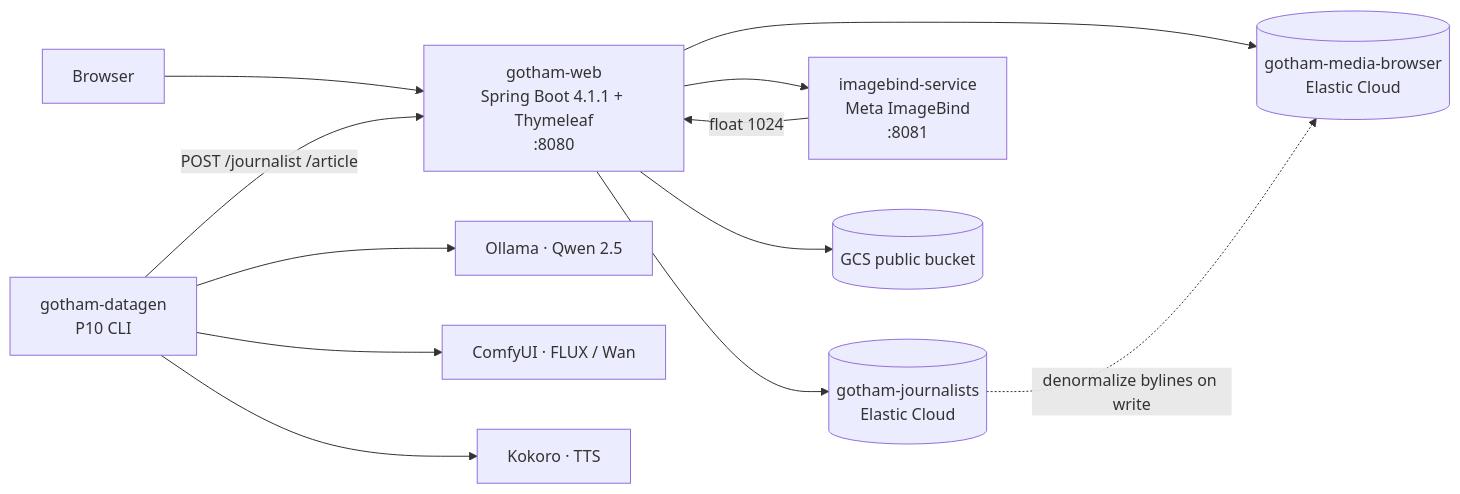
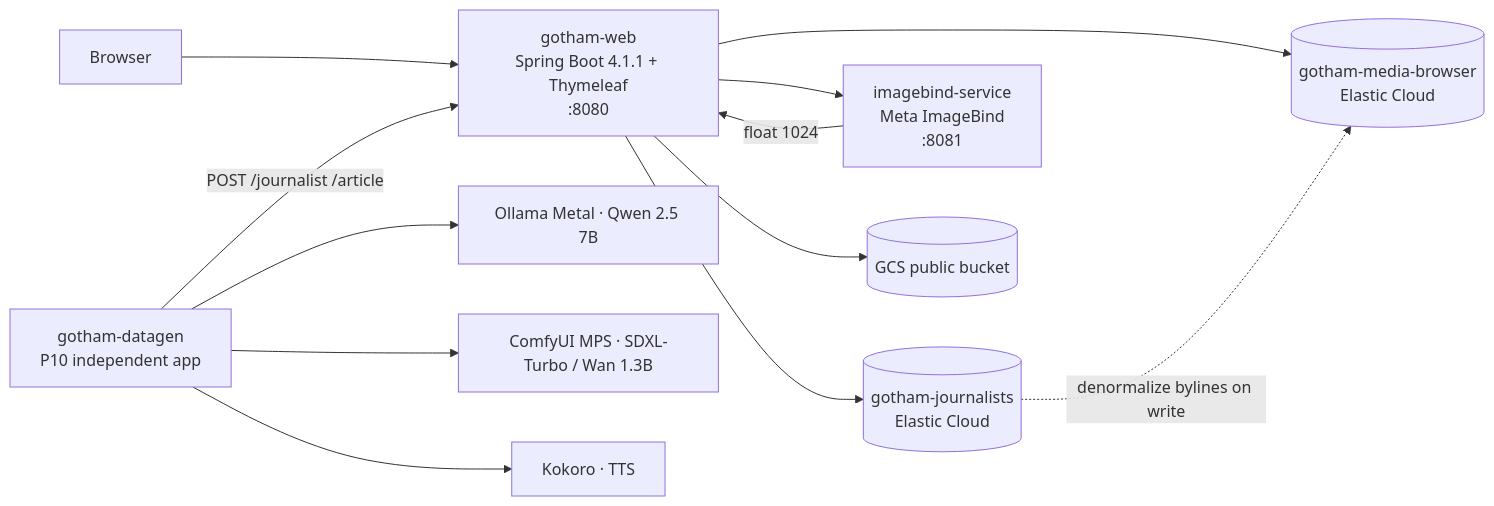
The first of 4 diagrams in docs/architecture-end-to-end.md (bigfito/gotham-media-browser), drawn with Mermaid before and after one commit. The commit also changed other lines of this file and 6 other files, not shown here.

````diff
--- a/docs/architecture-end-to-end.md
+++ b/docs/architecture-end-to-end.md
@@ -33,14 +33,14 @@
 ```mermaid
 flowchart LR
   U[Browser] --> WEB[gotham-web<br/>Spring Boot 4.1.1 + Thymeleaf<br/>:8080]
-  DG[gotham-datagen<br/>P10 CLI] -->|POST /journalist /article| WEB
-  DG --> OLL[Ollama · Qwen 2.5]
-  DG --> CFY[ComfyUI · FLUX / Wan]
+  DG[gotham-datagen<br/>P10 independent app] -->|POST /journalist /article| WEB
+  DG --> OLL[Ollama Metal · Qwen 2.5 7B]
+  DG --> CFY[ComfyUI MPS · SDXL-Turbo / Wan 1.3B]
   DG --> KOK[Kokoro · TTS]
   WEB --> JI[(gotham-journalists<br/>Elastic Cloud)]
   WEB --> AI[(gotham-media-browser<br/>Elastic Cloud)]
   WEB --> IB[imagebind-service<br/>Meta ImageBind<br/>:8081]
   WEB --> GCS[(GCS public bucket)]
   JI -.->|denormalize bylines on write| AI
   IB -->|float 1024| WEB
 ```
````
